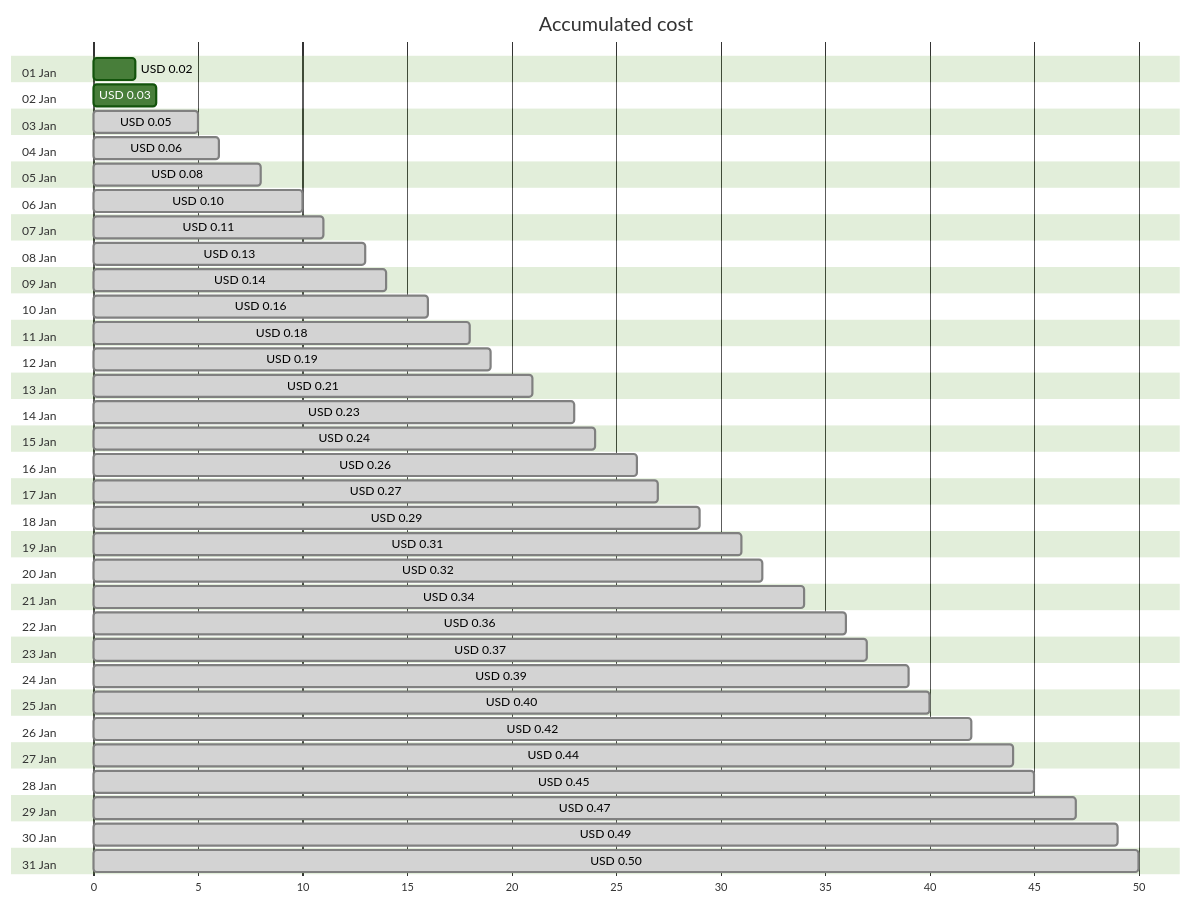
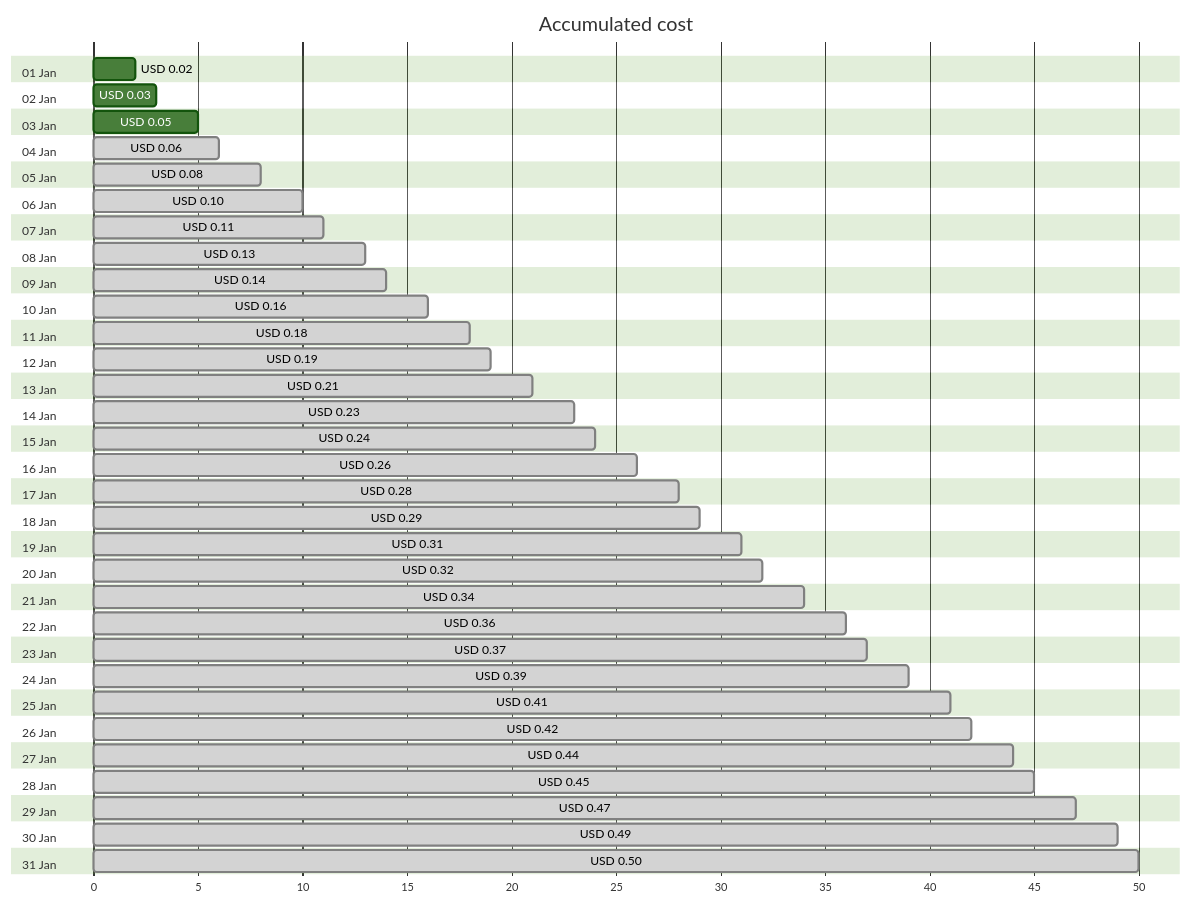
Before and after one commit to jpfulton/azure-personal-reports: the first of 4 diagrams in cost-reports/personal-dns/jpatrickfulton.com.md, drawn with Mermaid (forest theme). The commit also changed other lines of this file and 2 other files, not shown here.

````diff
--- a/cost-reports/personal-dns/jpatrickfulton.com.md
+++ b/cost-reports/personal-dns/jpatrickfulton.com.md
@@ -20,68 +20,68 @@
 ```mermaid
 gantt
    title Accumulated cost
    dateFormat  X
    axisFormat %s
    section 01 Jan
    USD 0.02 :0, 2
    section 02 Jan
    USD 0.03 :0, 3
    section 03 Jan
-   USD 0.05 : done, 0, 5
+   USD 0.05 :0, 5
    section 04 Jan
    USD 0.06 : done, 0, 6
    section 05 Jan
    USD 0.08 : done, 0, 8
    section 06 Jan
    USD 0.10 : done, 0, 10
    section 07 Jan
    USD 0.11 : done, 0, 11
    section 08 Jan
    USD 0.13 : done, 0, 13
    section 09 Jan
    USD 0.14 : done, 0, 14
    section 10 Jan
    USD 0.16 : done, 0, 16
    section 11 Jan
    USD 0.18 : done, 0, 18
    section 12 Jan
    USD 0.19 : done, 0, 19
    section 13 Jan
    USD 0.21 : done, 0, 21
    section 14 Jan
    USD 0.23 : done, 0, 23
    section 15 Jan
    USD 0.24 : done, 0, 24
    section 16 Jan
    USD 0.26 : done, 0, 26
    section 17 Jan
-   USD 0.27 : done, 0, 27
+   USD 0.28 : done, 0, 28
    section 18 Jan
    USD 0.29 : done, 0, 29
    section 19 Jan
    USD 0.31 : done, 0, 31
    section 20 Jan
    USD 0.32 : done, 0, 32
    section 21 Jan
    USD 0.34 : done, 0, 34
    section 22 Jan
    USD 0.36 : done, 0, 36
    section 23 Jan
    USD 0.37 : done, 0, 37
    section 24 Jan
    USD 0.39 : done, 0, 39
    section 25 Jan
-   USD 0.40 : done, 0, 40
+   USD 0.41 : done, 0, 41
    section 26 Jan
    USD 0.42 : done, 0, 42
    section 27 Jan
    USD 0.44 : done, 0, 44
    section 28 Jan
    USD 0.45 : done, 0, 45
    section 29 Jan
    USD 0.47 : done, 0, 47
    section 30 Jan
    USD 0.49 : done, 0, 49
    section 31 Jan
    USD 0.50 : done, 0, 50
 ```
````
